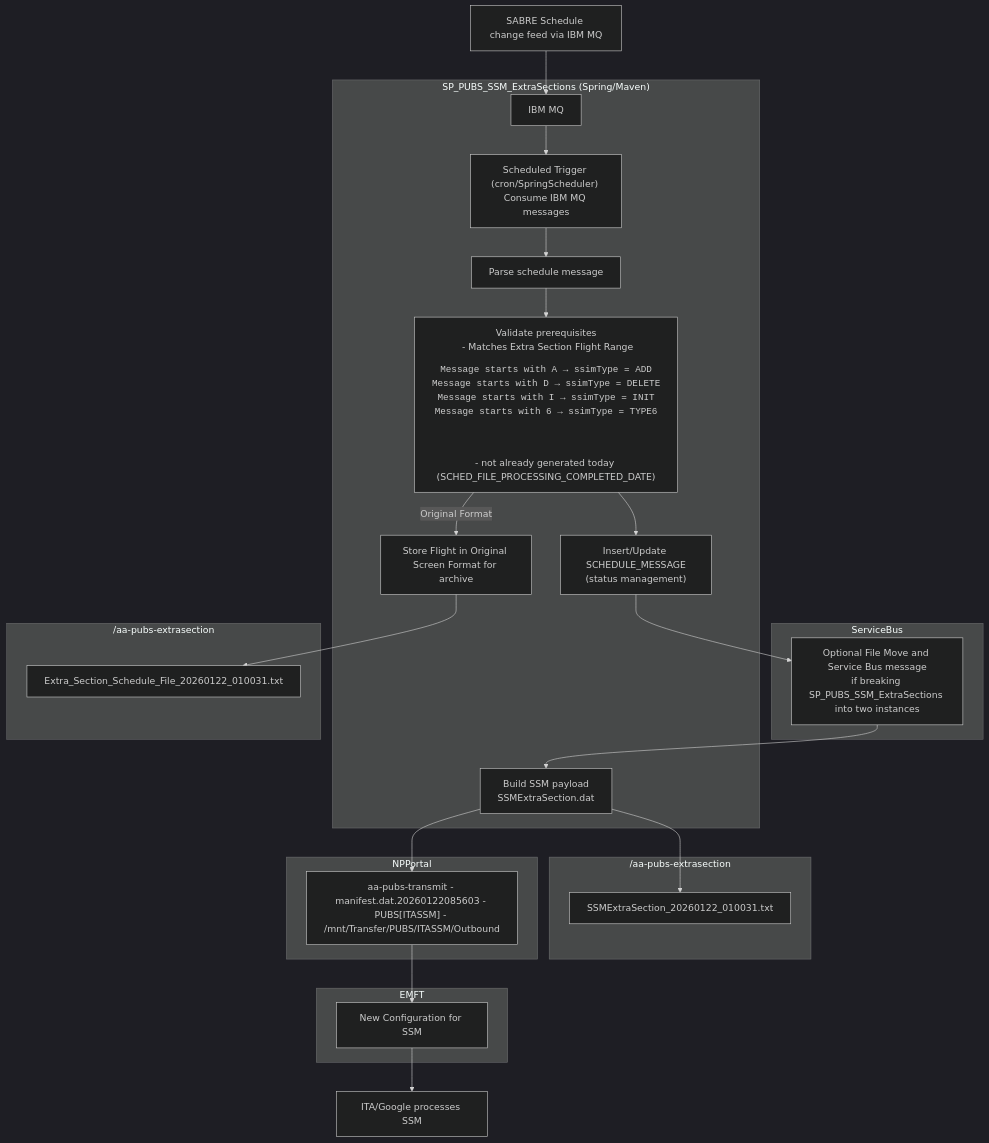
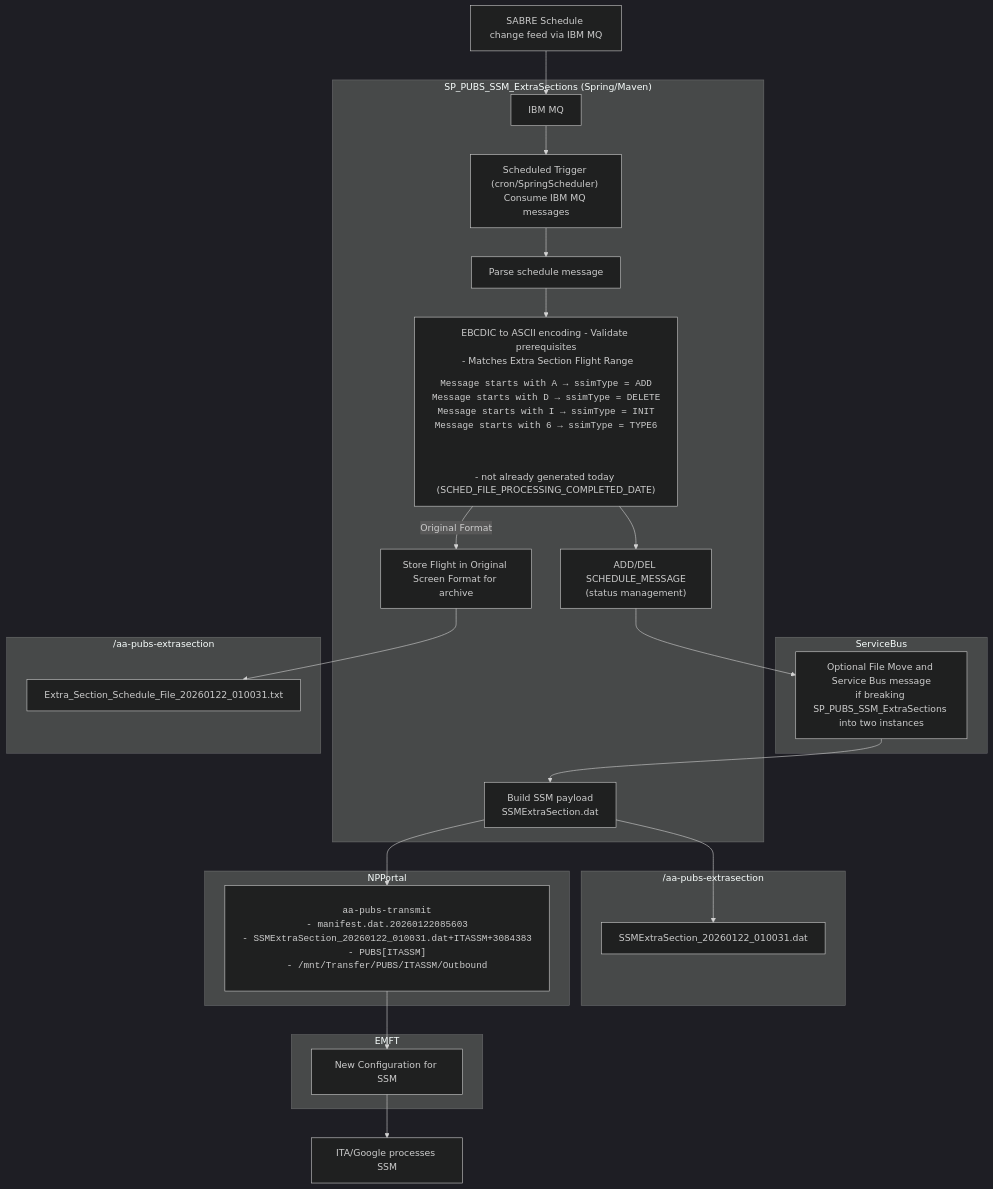
Before and after one commit to GarrenBagley366/SP_PUBS_SSM_ExtraSections: the diagram in README.md, drawn with Mermaid (dark theme).

Commit message:
Update README with corrected terminology and formatting

````diff
--- a/README.md
+++ b/README.md
@@ -18,61 +18,65 @@
 ```mermaid
 flowchart TD
   %% Sources
   SABRE["SABRE Schedule change feed via IBM MQ"] --> MQ["IBM MQ"]
 
   %% Generator
   subgraph GEN["SP_PUBS_SSM_ExtraSections (Spring/Maven)"]
     MQ --> G1["Scheduled Trigger (cron/SpringScheduler) Consume IBM MQ messages"]
     G1 --> G2["Parse schedule message"]
     click G2 href "https://github.com/AAInternal/FltInvhub_Schedule_FileProcessor/wiki/File-Processor-Business-Rules"
-G2 --> G2A["Validate prerequisites<br/> - Matches Extra Section Flight Range
+G2 --> G2A["EBCDIC to ASCII encoding<br\> - <br\>Validate prerequisites<br/> - Matches Extra Section Flight Range
 <pre>
 Message starts with A → ssimType = ADD
 Message starts with D → ssimType = DELETE
 Message starts with I → ssimType = INIT
 Message starts with 6 → ssimType = TYPE6
 </pre><br/>
 - not already generated today (SCHED_FILE_PROCESSING_COMPLETED_DATE)<br/>"]
-    G2A --> G3["Insert/Update SCHEDULE_MESSAGE<br/>(status management)"]
+    G2A --> G3["ADD/DEL SCHEDULE_MESSAGE<br/>(status management)"]
     G2A -->|Original Format| G4["Store Flight in Original Screen Format for archive<br/>"]
     
      G8["Build SSM payload<br/> SSMExtraSection.dat"]
   end
 
   %% Message Bus
   subgraph ServiceBus
     SB["Optional File Move and Service Bus message<br>if breaking SP_PUBS_SSM_ExtraSections into two instances "]
   end
 
   subgraph DIR["/aa-pubs-extrasection"]
     FA["Extra_Section_Schedule_File_20260122_010031.txt"]
   end
 
   subgraph DIRT["/aa-pubs-extrasection"]
-    FB["SSMExtraSection_20260122_010031.txt"]
+    FB["SSMExtraSection_20260122_010031.dat"]
   end
 
   %% Message Bus
   subgraph NPPortal
-    FT["aa-pubs-transmit - manifest.dat.20260122085603 - PUBS[ITASSM] - /mnt/Transfer/PUBS/ITASSM/Outbound "]
+    FT["<pre>aa-pubs-transmit
+- manifest.dat.20260122085603
+- SSMExtraSection_20260122_010031.dat+ITASSM+3084383
+- PUBS[ITASSM]
+- /mnt/Transfer/PUBS/ITASSM/Outbound</pre> "]
   end
 
   %% Consumer Application Nodes
   subgraph EMFT
     C1["New Configuration for SSM"]
 
   end
 
   %% External system
   EXT["ITA/Google processes SSM"]
 
   %% Edges
   G3 --> SB
   G4 --> FA
   SB --> G8
   G8 --> FT
   G8 --> FB
   FT --> C1
   C1 --> EXT
 
 ```
````
